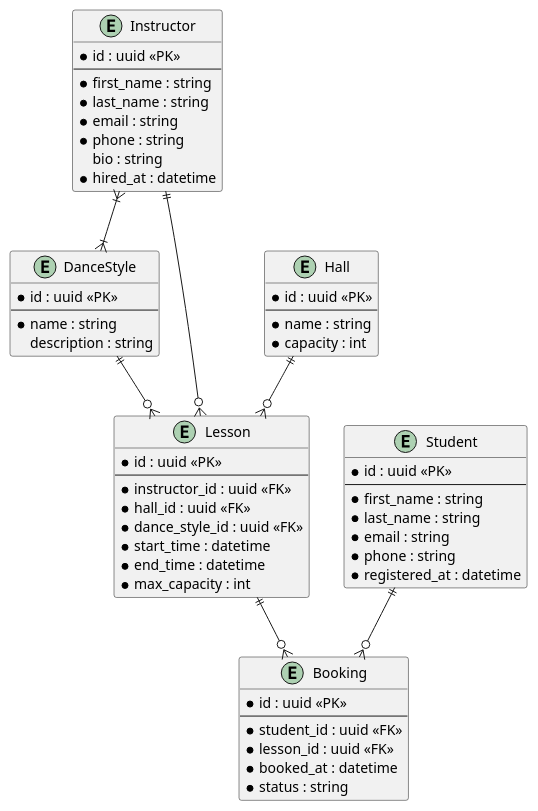
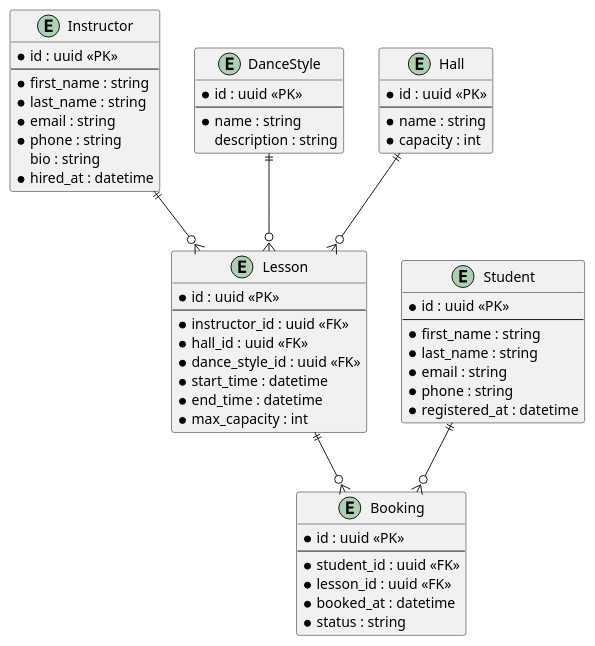
Before and after one commit to prashchukdanylo-stack/software-requirements-modeling-and-analysis: the diagram in diagram.puml, drawn with PlantUML. The commit also changed 3 other files, not shown here.

Commit message:
fixed an issue with unnecessary relation between Instructor and DanceStyle.

```diff
--- a/diagram.puml
+++ b/diagram.puml
@@ -1,65 +1,64 @@
 @startuml
 
 entity Instructor {
     * id : uuid <<PK>>
     --
     * first_name : string
     * last_name : string
     * email : string
     * phone : string
     bio : string
     * hired_at : datetime
 }
 
 entity Student {
     * id : uuid <<PK>>
     --
     * first_name : string
     * last_name : string
     * email : string
     * phone : string
     * registered_at : datetime
 }
 
 entity DanceStyle {
     * id : uuid <<PK>>
     --
     * name : string
     description : string
 }
 
 entity Hall {
     * id : uuid <<PK>>
     --
     * name : string
     * capacity : int
 }
 
 entity Lesson {
     * id : uuid <<PK>>
     --
     * instructor_id : uuid <<FK>>
     * hall_id : uuid <<FK>>
     * dance_style_id : uuid <<FK>>
     * start_time : datetime
     * end_time : datetime
     * max_capacity : int
 }
 
 entity Booking {
     * id : uuid <<PK>>
     --
     * student_id : uuid <<FK>>
     * lesson_id : uuid <<FK>>
     * booked_at : datetime
     * status : string
 }
 
-Instructor }|--|{ DanceStyle
 Hall ||--o{ Lesson
 Instructor ||--o{ Lesson
 DanceStyle ||--o{ Lesson
 Student ||--o{ Booking
 Lesson ||--o{Booking
 
 @enduml
```
